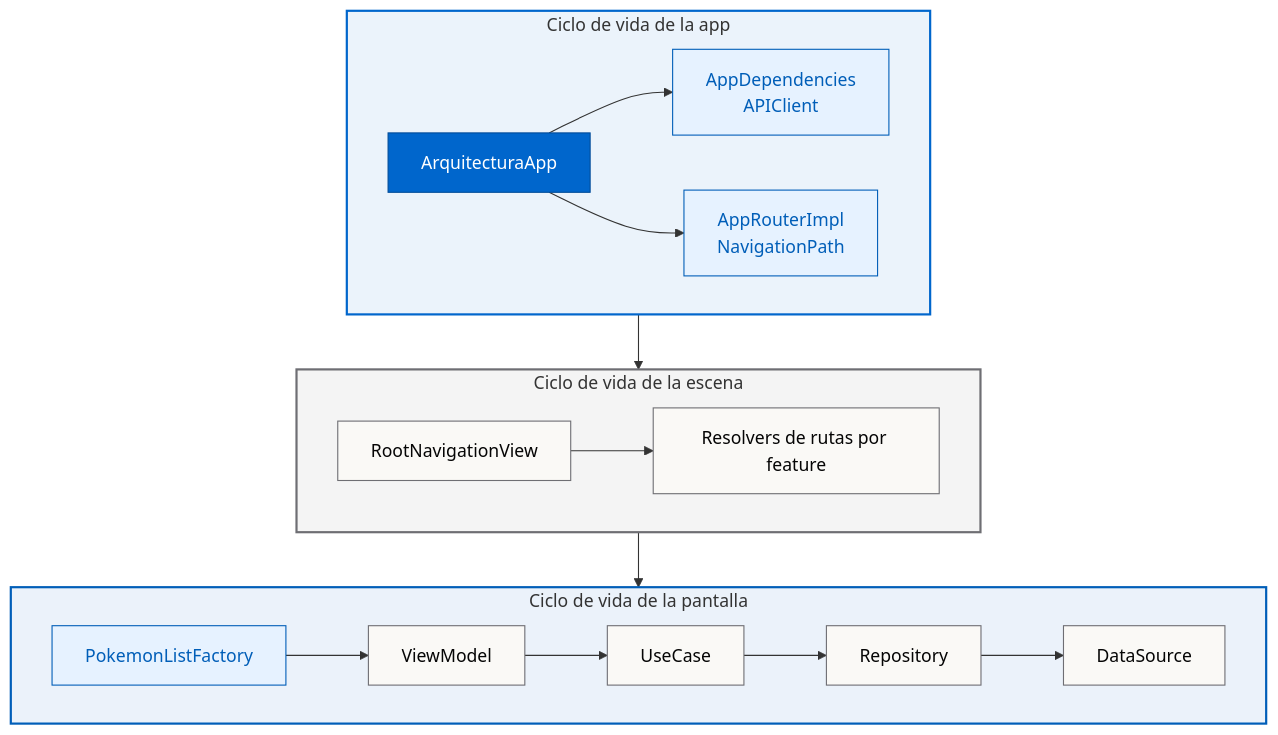
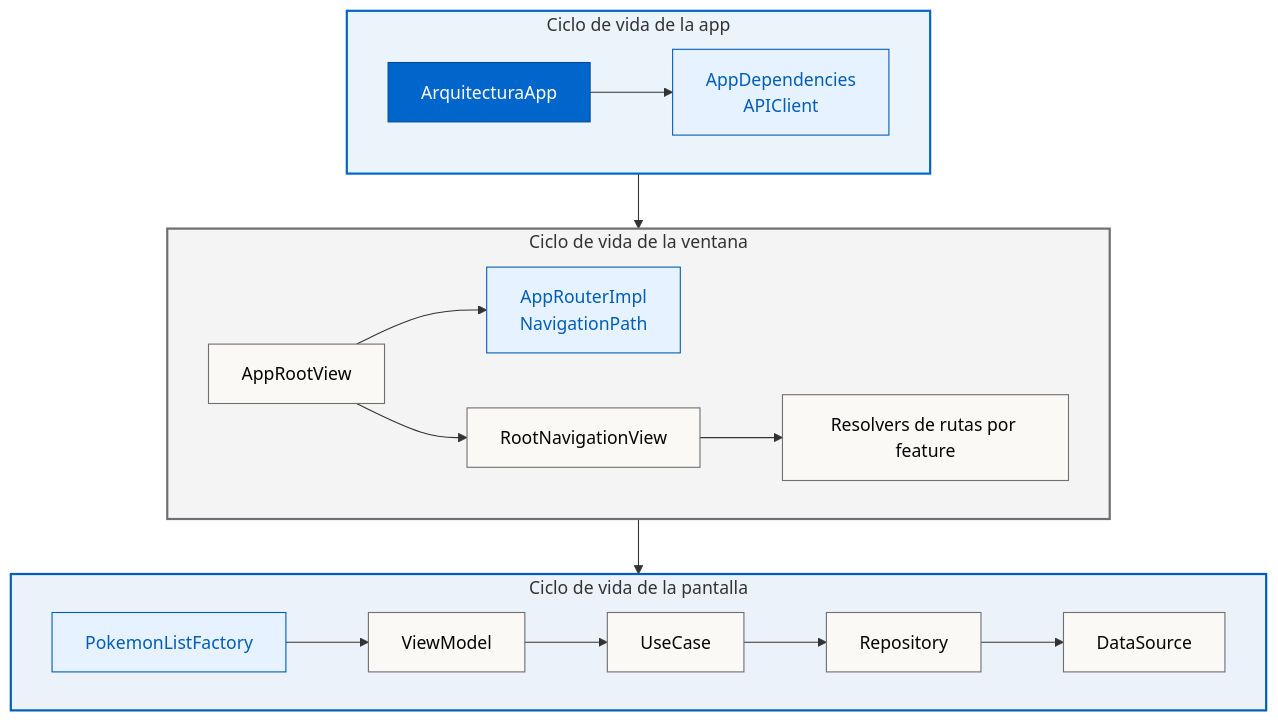
Before and after one commit to magnoscg/ios-architecture-reference: the third of 3 diagrams in README.es.md, drawn with Mermaid. The commit also changed other lines of this file and 7 other files, not shown here.

First line of the commit message:
docs: describe per-window navigation and concept-based layers

````diff
--- a/README.es.md
+++ b/README.es.md
@@ -204,27 +204,27 @@
 ```mermaid
 flowchart TB
     subgraph APP["Ciclo de vida de la app"]
         direction LR
         Root["ArquitecturaApp"] --> Deps["AppDependencies<br/>APIClient"]
-        Root --> AppRouter["AppRouterImpl<br/>NavigationPath"]
     end
-    subgraph SCENE["Ciclo de vida de la escena"]
+    subgraph SCENE["Ciclo de vida de la ventana"]
         direction LR
-        Nav["RootNavigationView"] --> Resolvers["Resolvers de rutas por feature"]
+        Window["AppRootView"] --> AppRouter["AppRouterImpl<br/>NavigationPath"]
+        Window --> Nav["RootNavigationView"] --> Resolvers["Resolvers de rutas por feature"]
     end
     subgraph SCREEN["Ciclo de vida de la pantalla"]
         direction LR
         Factory["PokemonListFactory"] --> VM["ViewModel"] --> UC["UseCase"] --> Repo["Repository"] --> DS["DataSource"]
     end
     APP --> SCENE --> SCREEN
 
     classDef primary fill:#0066CC,stroke:#004C99,color:#FFFFFF
     classDef secondary fill:#E6F2FF,stroke:#005EB8,color:#005EB8
     classDef neutral fill:#FAF9F6,stroke:#6E6E73,color:#050505
     class Root primary
     class Deps,AppRouter,Factory secondary
-    class Nav,Resolvers,VM,UC,Repo,DS neutral
+    class Window,Nav,Resolvers,VM,UC,Repo,DS neutral
     style APP fill:#0066CC14,stroke:#0066CC,stroke-width:2px
     style SCENE fill:#6E6E7314,stroke:#6E6E73,stroke-width:2px
     style SCREEN fill:#005EB814,stroke:#005EB8,stroke-width:2px
 ```
````
